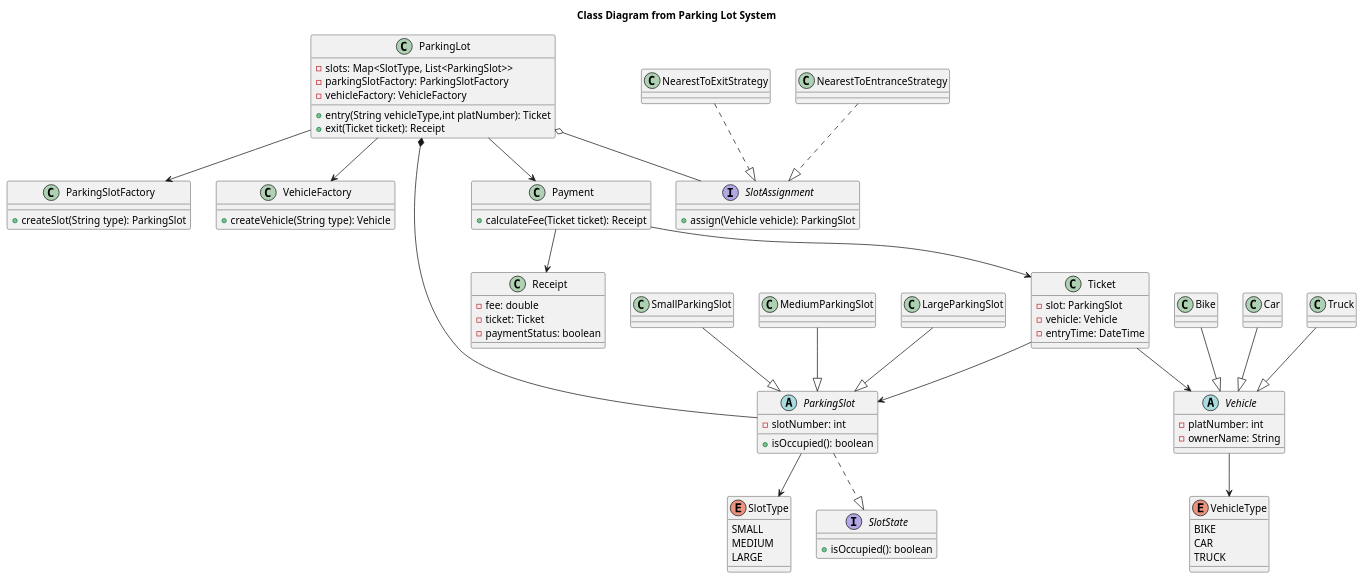
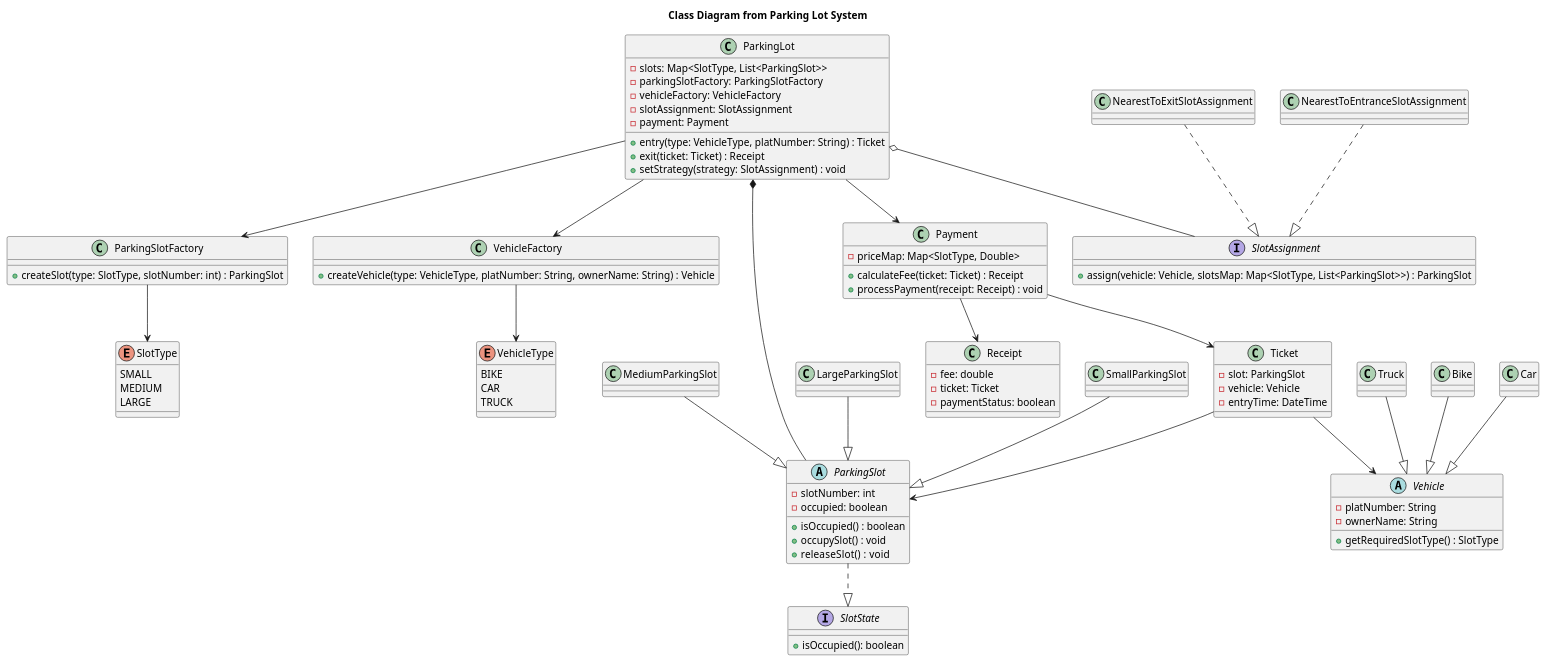
The diagram in src/main/java/com/lld/problems/parkinglot/notes/parkinglot-uml-class-diagram.puml (Anuj-Gupta79/lld-mastery), drawn with PlantUML before and after one commit. The commit also changed 24 other files, not shown here.

```diff
--- a/src/main/java/com/lld/problems/parkinglot/notes/parkinglot-uml-class-diagram.puml
+++ b/src/main/java/com/lld/problems/parkinglot/notes/parkinglot-uml-class-diagram.puml
@@ -1,127 +1,136 @@
 @startuml 
 title Class Diagram from Parking Lot System 
 
 ' Classes & Interfaces Required
 class ParkingLot {
     -slots: Map<SlotType, List<ParkingSlot>>
     -parkingSlotFactory: ParkingSlotFactory
     -vehicleFactory: VehicleFactory
+    -slotAssignment: SlotAssignment
+    -payment: Payment
 
-    +entry(String vehicleType,int platNumber): Ticket
-    +exit(Ticket ticket): Receipt
+    +entry(type: VehicleType, platNumber: String) : Ticket
+    +exit(ticket: Ticket) : Receipt
+    +setStrategy(strategy: SlotAssignment) : void
 }
 
 abstract ParkingSlot {
     -slotNumber: int
-    +isOccupied(): boolean
+    -occupied: boolean
+    +isOccupied() : boolean
+    +occupySlot() : void 
+    +releaseSlot() :  void
 }
 
 abstract Vehicle{
-    -platNumber: int
+    -platNumber: String
     -ownerName: String
+    +getRequiredSlotType() : SlotType
 }
 
 class ParkingSlotFactory{
-    +createSlot(String type): ParkingSlot
+    +createSlot(type: SlotType, slotNumber: int) : ParkingSlot
 }
 
 class VehicleFactory{
-    +createVehicle(String type): Vehicle
+    +createVehicle(type: VehicleType, platNumber: String, ownerName: String) : Vehicle
 }
 
 class SmallParkingSlot{
 
 }
 
 class MediumParkingSlot{
 
 }
 
 class LargeParkingSlot{
 
 }
 
 class Bike{
 
 }
 
 class Car{
 
 }
 
 class Truck{
 
 }
 
 class Ticket{
     -slot: ParkingSlot
     -vehicle: Vehicle
     -entryTime: DateTime
 }
 
 class Payment{
-    +calculateFee(Ticket ticket): Receipt
+    -priceMap: Map<SlotType, Double>
+    +calculateFee(ticket: Ticket) : Receipt
+    +processPayment(receipt: Receipt) : void
 }
 
 interface SlotAssignment{
-    +assign(Vehicle vehicle): ParkingSlot
+    +assign(vehicle: Vehicle, slotsMap: Map<SlotType, List<ParkingSlot>>) : ParkingSlot
 }
 
 interface SlotState{
     +isOccupied(): boolean
 }
 
-class NearestToEntranceStrategy{
+class NearestToEntranceSlotAssignment{
 
 }
 
-class NearestToExitStrategy{
+class NearestToExitSlotAssignment{
 
 }
 
 enum SlotType{
     SMALL
     MEDIUM
     LARGE
 }
 
 enum VehicleType{
     BIKE 
     CAR 
     TRUCK
 }
 
 class Receipt{
     -fee: double
     -ticket: Ticket
     -paymentStatus: boolean
 }
 
 'Relationship
 ParkingLot *-- ParkingSlot
 ParkingLot o-- SlotAssignment
 ParkingLot --> ParkingSlotFactory
 ParkingLot --> VehicleFactory
 ParkingLot --> Payment
 
-ParkingSlot --> SlotType
-Vehicle --> VehicleType
+ParkingSlotFactory --> SlotType
+VehicleFactory --> VehicleType
 
 Bike --|> Vehicle
 Car --|> Vehicle
 Truck --|> Vehicle
 
 LargeParkingSlot --|> ParkingSlot
 MediumParkingSlot --|> ParkingSlot
 SmallParkingSlot --|> ParkingSlot
 ParkingSlot ..|> SlotState
 
-NearestToEntranceStrategy ..|> SlotAssignment
-NearestToExitStrategy ..|> SlotAssignment
+NearestToEntranceSlotAssignment ..|> SlotAssignment
+NearestToExitSlotAssignment ..|> SlotAssignment
 
 Ticket --> ParkingSlot
 Ticket --> Vehicle
 Payment --> Ticket
 Payment --> Receipt
 
 @enduml
```
